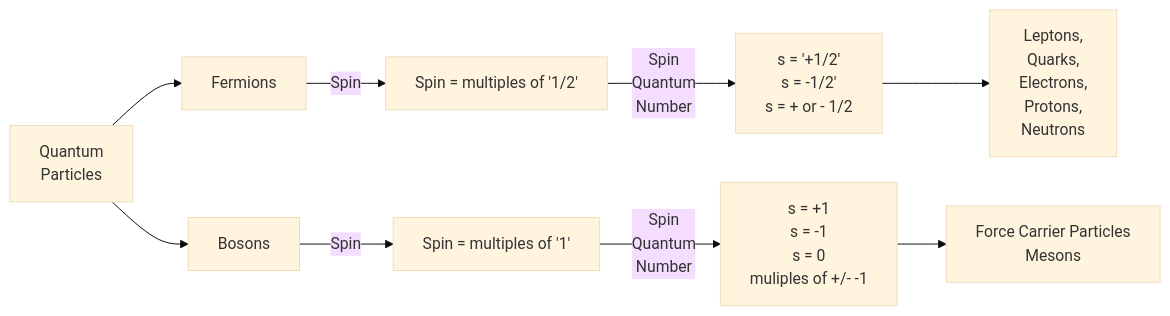
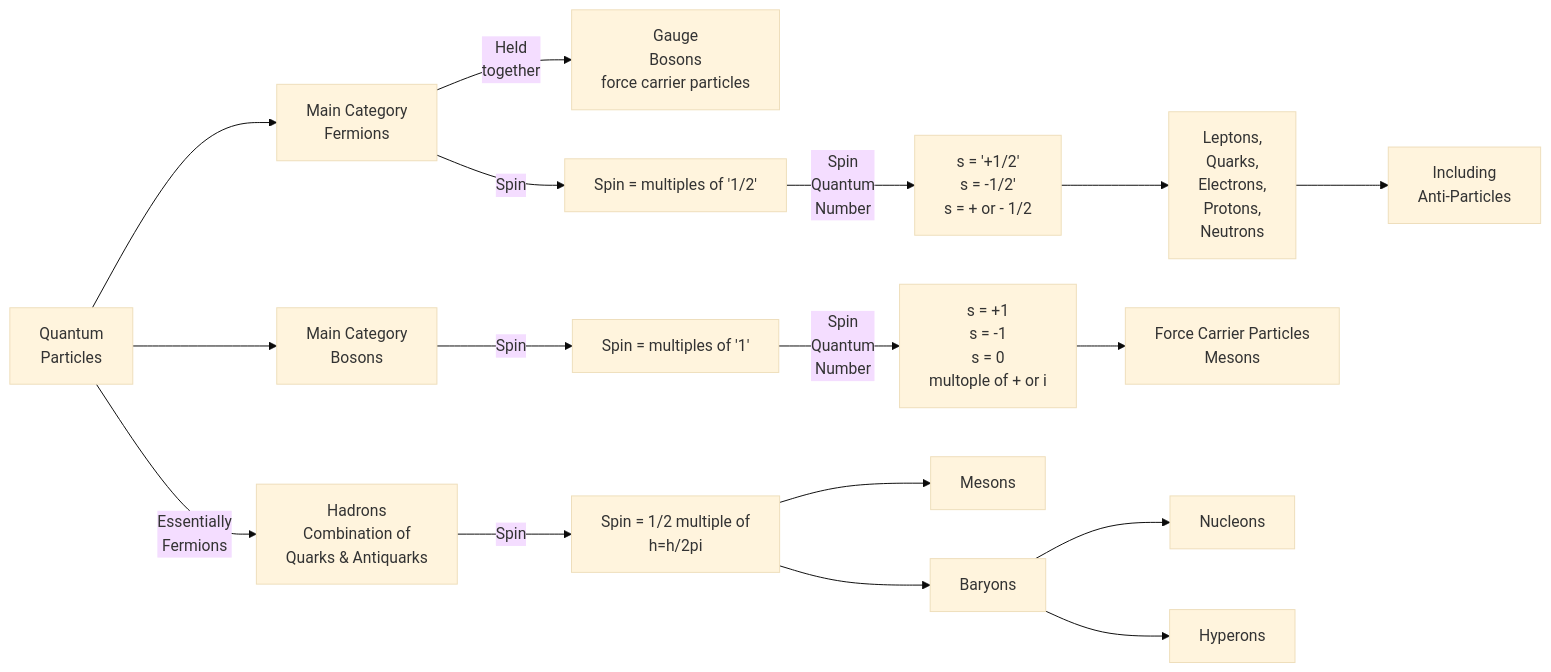
The third of 4 diagrams in README.md (m0ham3dx/mx-Quantum-Computing-Primer), drawn with Mermaid (base theme) before and after one commit. The commit also changed other lines of this file, not shown here.

````diff
--- a/README.md
+++ b/README.md
@@ -335,17 +335,28 @@
 ```mermaid
 flowchart LR
-    A[Quantum<br>Particles] --> A1[Fermions]
-    A --> A2[Bosons]
+    A[Quantum<br>Particles] --> A1[Main Category <br> Fermions]
+    A --> A2[Main Category<br>Bosons]
+    A --> |Essentially<br>Fermions|A3[Hadrons <br> Combination of <br> Quarks & Antiquarks]
+
+    %% Fermions 
+    A1 --> |Held <br> together|Ab1[Gauge<br>Bosons <br> force carrier particles]
 
     %% Spin
     A1 --> |Spin|A11[Spin = multiples of '1/2']
     A2 --> |Spin|A21[Spin = multiples of '1']
+    A3 --> |Spin|A31[Spin = 1/2 multiple of <br> h=h/2pi]
 
     %% Spin Number
     A11 --> |Spin<br>Quantum<br>Number| A111[s = '+1/2' <br> s = -1/2'<br> s = + or - 1/2]
-    A21 --> |Spin<br>Quantum<br>Number| A211[s = +1 <br> s = -1 <br> s = 0 <br> muliples of +/- -1]
+    A21 --> |Spin<br>Quantum<br>Number| A211[s = +1 <br> s = -1 <br> s = 0 <br> multople of + or i]
+    A31 --> A3111[Mesons]
+    A31 --> A3111b[Baryons]
+    A3111b --> A32[Nucleons]
+    A3111b --> A33[Hyperons]
 
     %% Box Examples
     A111 --> a1x[Leptons, <br> Quarks, <br> Electrons, <br> Protons, <br> Neutrons]
     A211 --> a2x[Force Carrier Particles <br> Mesons]
+
+    a1x --> a1x1[Including<br>Anti-Particles]
 ```
````
